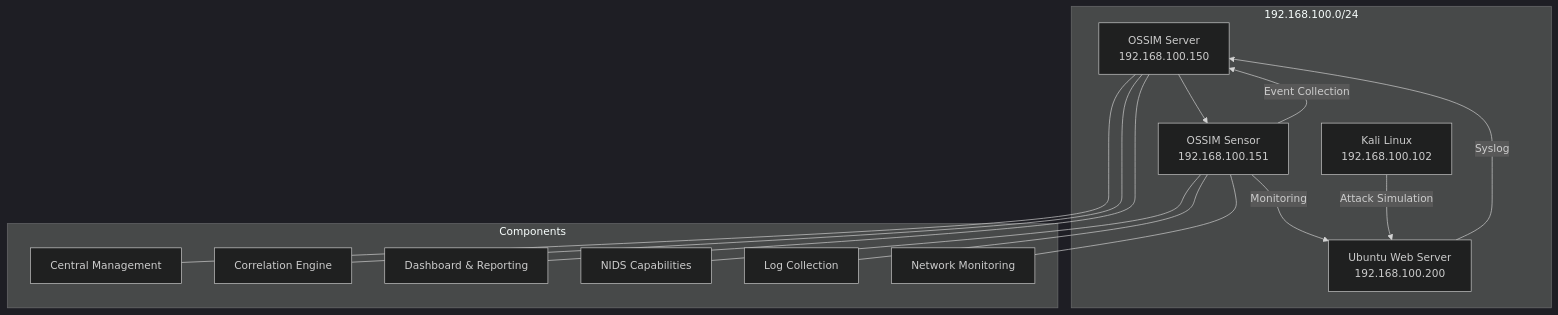
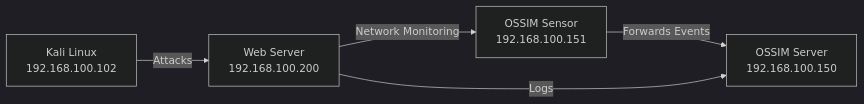
Before and after one commit to aymenmarjan/Implementing-AlienVault-OSSIM-with-Distributed-Architecture: the diagram in README.md, drawn with Mermaid (dark theme).

````diff
--- a/README.md
+++ b/README.md
@@ -31,19 +31,7 @@
 ```mermaid
-graph TD
-    subgraph Lab Environment [192.168.100.0/24]
-        A[OSSIM Server<br>192.168.100.150] --> B[OSSIM Sensor<br>192.168.100.151]
-        B -->|Monitoring| C[Ubuntu Web Server<br>192.168.100.200]
-        D[Kali Linux<br>192.168.100.102] -->|Attack Simulation| C
-        B -->|Event Collection| A
-        C -->|Syslog| A
-    end
-    
-    subgraph Components
-        A --- A1[Central Management]
-        A --- A2[Correlation Engine]
-        A --- A3[Dashboard & Reporting]
-        B --- B1[NIDS Capabilities]
-        B --- B2[Log Collection]
-        B --- B3[Network Monitoring]
-    end
+graph LR
+    B[OSSIM Sensor<br>192.168.100.151] -->|Forwards Events| A[OSSIM Server<br>192.168.100.150]
+    C[Web Server<br>192.168.100.200] -->|Logs| A
+    D[Kali Linux<br>192.168.100.102] -->|Attacks| C
+    C -->|Network Monitoring| B
 ```
````
